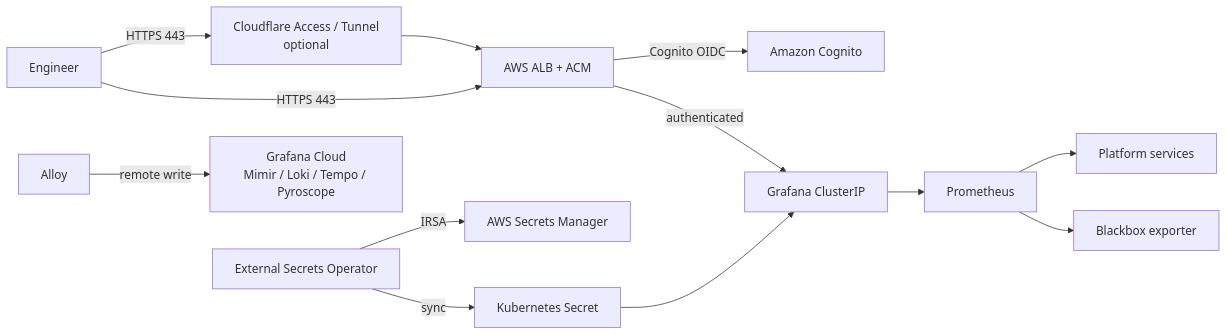
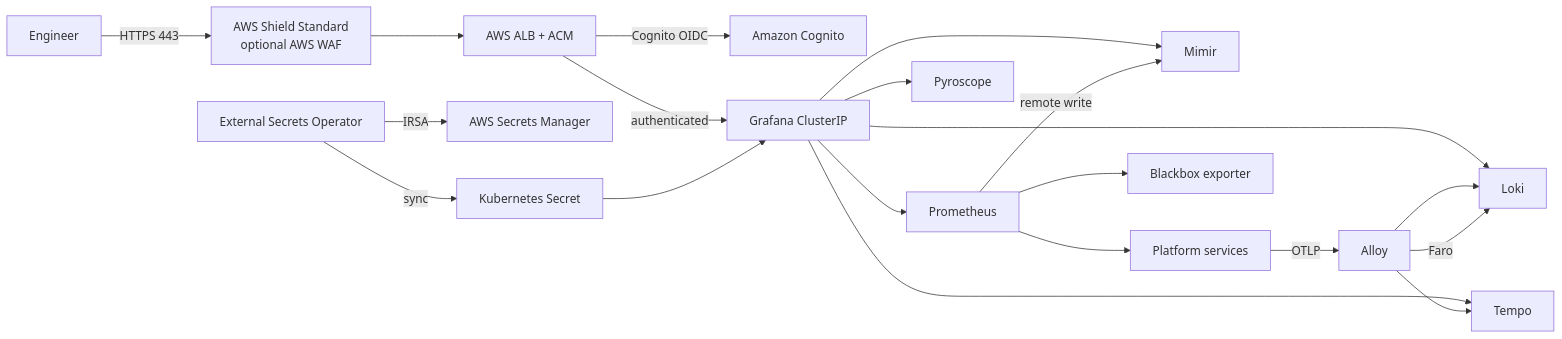
Before and after one commit to Microsserv52/platform: the diagram in docs/operations/grafana-aws.md, drawn with Mermaid. The commit also changed other lines of this file and 57 other files, not shown here.

````diff
--- a/docs/operations/grafana-aws.md
+++ b/docs/operations/grafana-aws.md
@@ -12,15 +13,22 @@
 ```mermaid
 flowchart LR
-    user[Engineer] -->|HTTPS 443| cf[Cloudflare Access / Tunnel<br/>optional]
-    cf --> alb[AWS ALB + ACM]
-    user -->|HTTPS 443| alb
+    user[Engineer] -->|HTTPS 443| shield[AWS Shield Standard<br/>optional AWS WAF]
+    shield --> alb[AWS ALB + ACM]
     alb -->|Cognito OIDC| cog[Amazon Cognito]
     alb -->|authenticated| graf[Grafana ClusterIP]
     graf --> prom[Prometheus]
+    graf --> mimir[Mimir]
+    graf --> loki[Loki]
+    graf --> tempo[Tempo]
+    graf --> pyro[Pyroscope]
     prom --> apps[Platform services]
+    prom -->|remote write| mimir
     prom --> bb[Blackbox exporter]
+    apps -->|OTLP| alloy[Alloy]
+    alloy --> loki
+    alloy --> tempo
+    alloy -->|Faro| loki
     eso[External Secrets Operator] -->|IRSA| sm[AWS Secrets Manager]
     eso -->|sync| secret[Kubernetes Secret]
     secret --> graf
-    alloy[Alloy] -->|remote write| cloud[Grafana Cloud<br/>Mimir / Loki / Tempo / Pyroscope]
 ```
````
